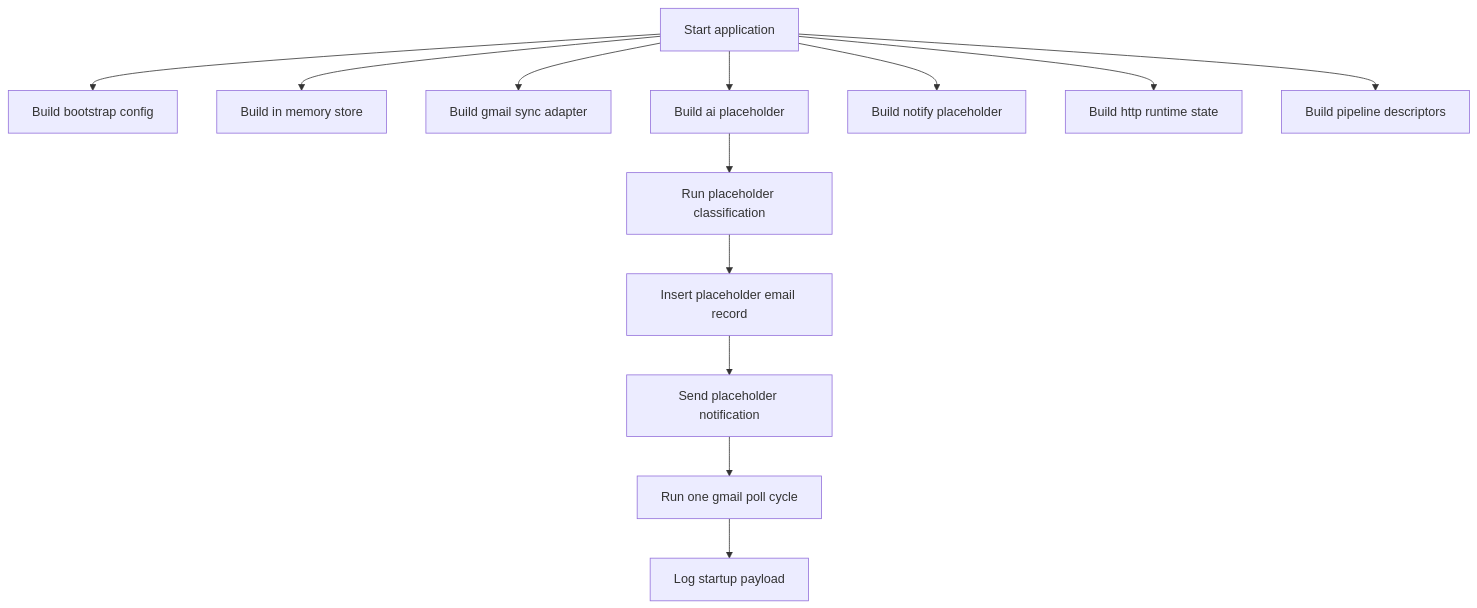
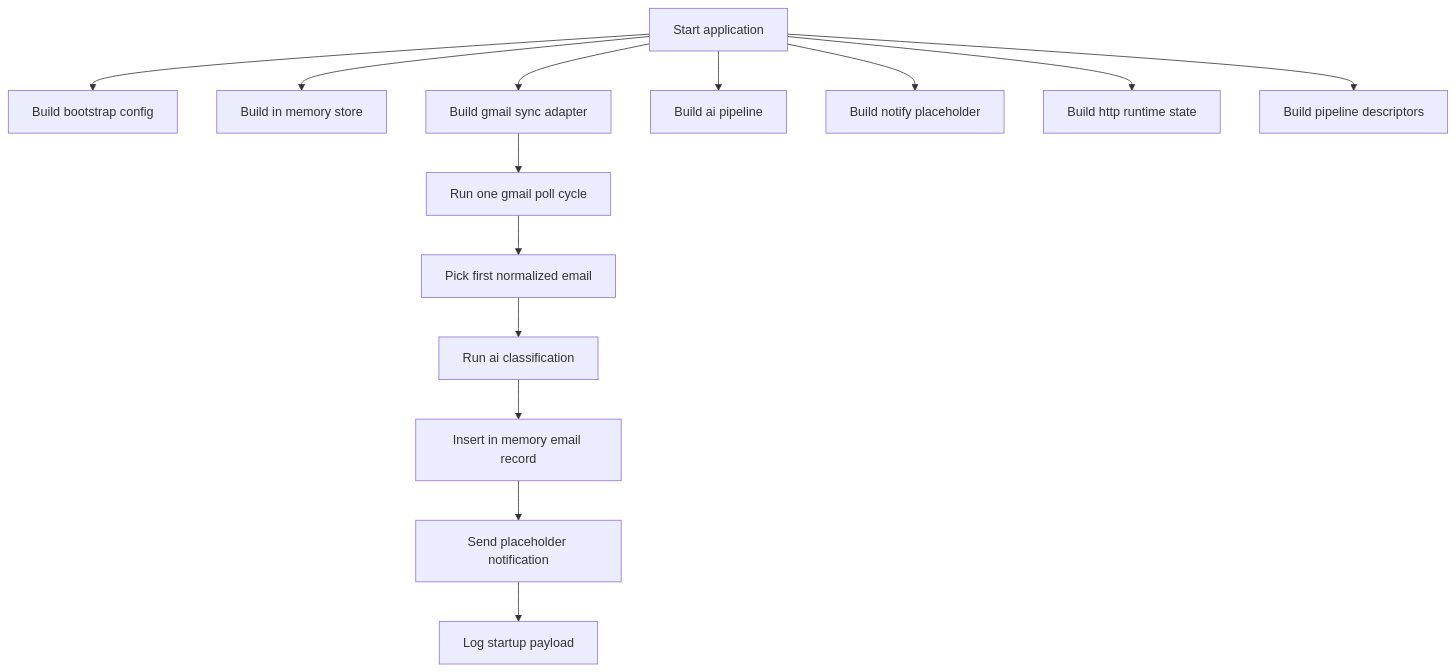
One commit to hoschi/all-personal-projects changed the fifth of 6 diagrams in apps/mail-agent/README.md. Above: the diagram before and after it, drawn with Mermaid. The commit also changed other lines of this file and 21 other files, not shown here.

````diff
--- a/apps/mail-agent/README.md
+++ b/apps/mail-agent/README.md
@@ -179,16 +220,17 @@
 ```mermaid
 flowchart TD
   A[Start application] --> B[Build bootstrap config]
   A --> C[Build in memory store]
   A --> D[Build gmail sync adapter]
-  A --> E[Build ai placeholder]
+  A --> E[Build ai pipeline]
   A --> F[Build notify placeholder]
   A --> G[Build http runtime state]
   A --> H[Build pipeline descriptors]
 
-  E --> I[Run placeholder classification]
-  I --> J[Insert placeholder email record]
-  J --> K[Send placeholder notification]
-  K --> L[Run one gmail poll cycle]
-  L --> M[Log startup payload]
+  D --> I[Run one gmail poll cycle]
+  I --> J[Pick first normalized email]
+  J --> K[Run ai classification]
+  K --> L[Insert in memory email record]
+  L --> M[Send placeholder notification]
+  M --> N[Log startup payload]
 ```
````
